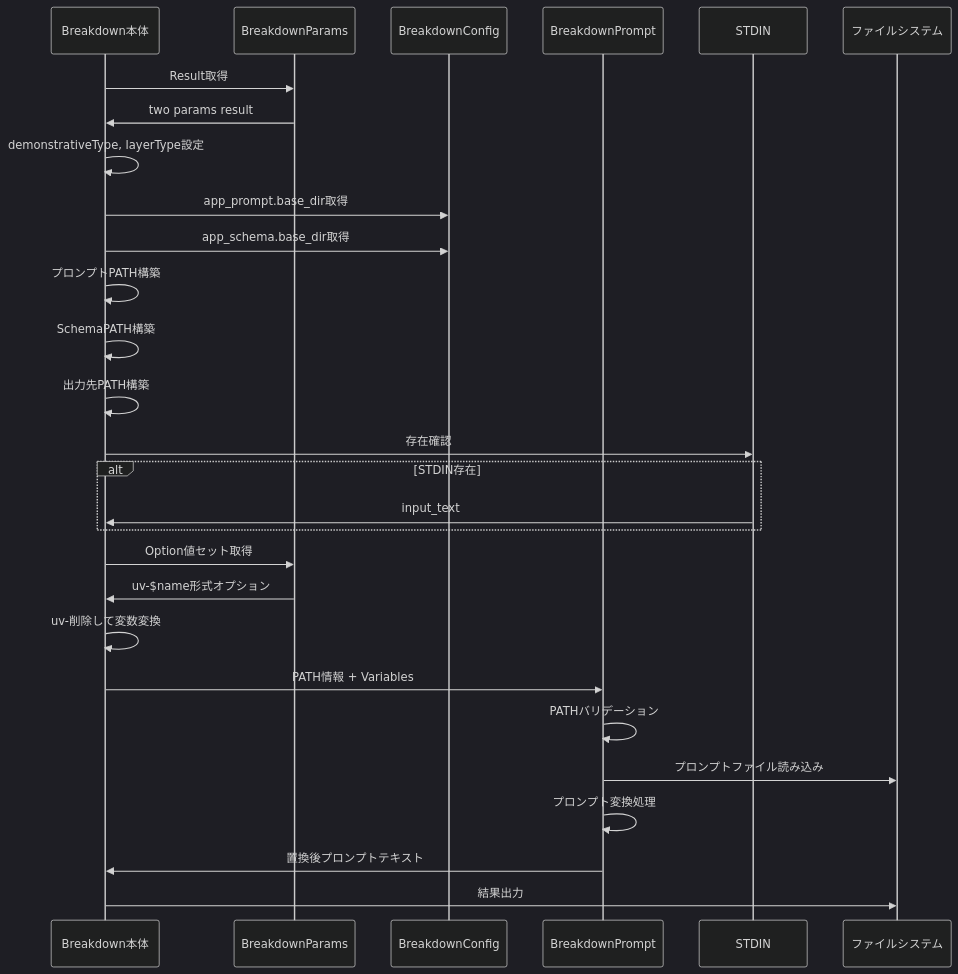
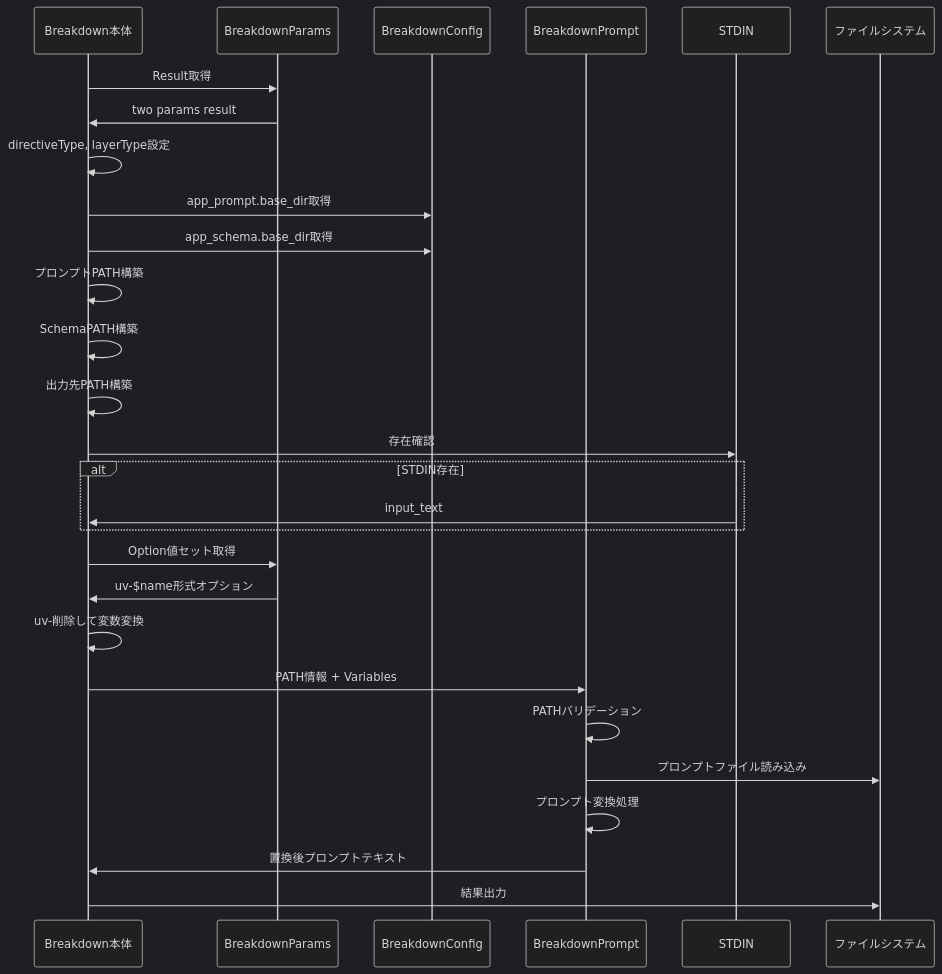
The third of 5 diagrams in docs/breakdown/generic_domain/system/overview/architecture.ja.md (tettuan/breakdown), drawn with Mermaid (dark theme) before and after one commit. The commit also changed other lines of this file and 10 other files, not shown here.

First line of the commit message:
refactor: replace demonstrativeType with DirectiveType in docs

````diff
--- a/docs/breakdown/generic_domain/system/overview/architecture.ja.md
+++ b/docs/breakdown/generic_domain/system/overview/architecture.ja.md
@@ -268,36 +268,36 @@
 ```mermaid
 sequenceDiagram
     participant Core as Breakdown本体
     participant Params as BreakdownParams
     participant Config as BreakdownConfig
     participant Prompt as BreakdownPrompt
     participant STDIN
     participant FileSystem as ファイルシステム
     
     Core->>Params: Result取得
     Params->>Core: two params result
     
-    Core->>Core: demonstrativeType, layerType設定
+    Core->>Core: directiveType, layerType設定
     Core->>Config: app_prompt.base_dir取得
     Core->>Config: app_schema.base_dir取得
     Core->>Core: プロンプトPATH構築
     Core->>Core: SchemaPATH構築
     Core->>Core: 出力先PATH構築
     
     Core->>STDIN: 存在確認
     alt STDIN存在
         STDIN->>Core: input_text
     end
     
     Core->>Params: Option値セット取得
     Params->>Core: uv-$name形式オプション
     Core->>Core: uv-削除して変数変換
     
     Core->>Prompt: PATH情報 + Variables
     Prompt->>Prompt: PATHバリデーション
     Prompt->>FileSystem: プロンプトファイル読み込み
     Prompt->>Prompt: プロンプト変換処理
     Prompt->>Core: 置換後プロンプトテキスト
     
     Core->>FileSystem: 結果出力
 ```
````
